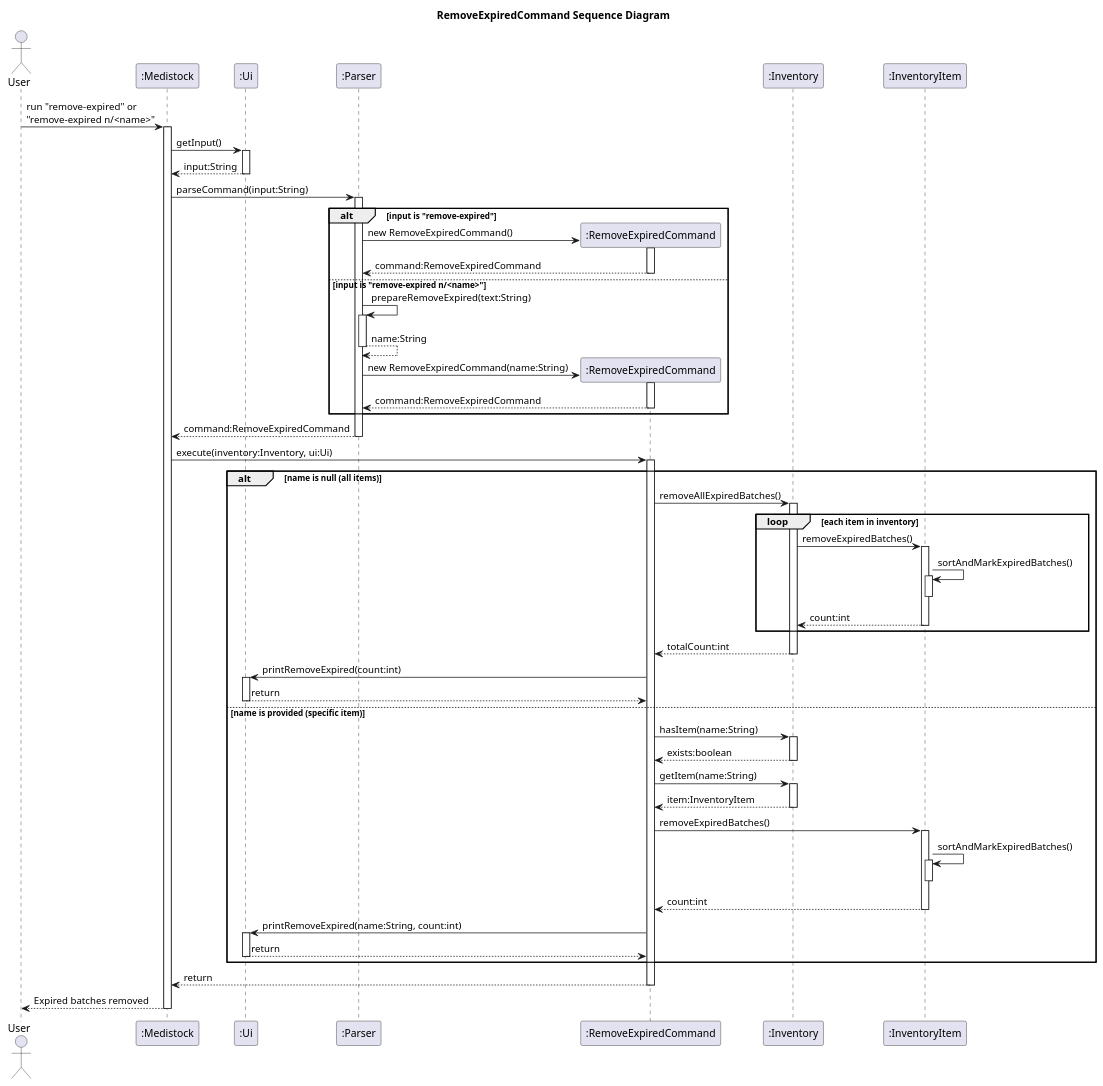
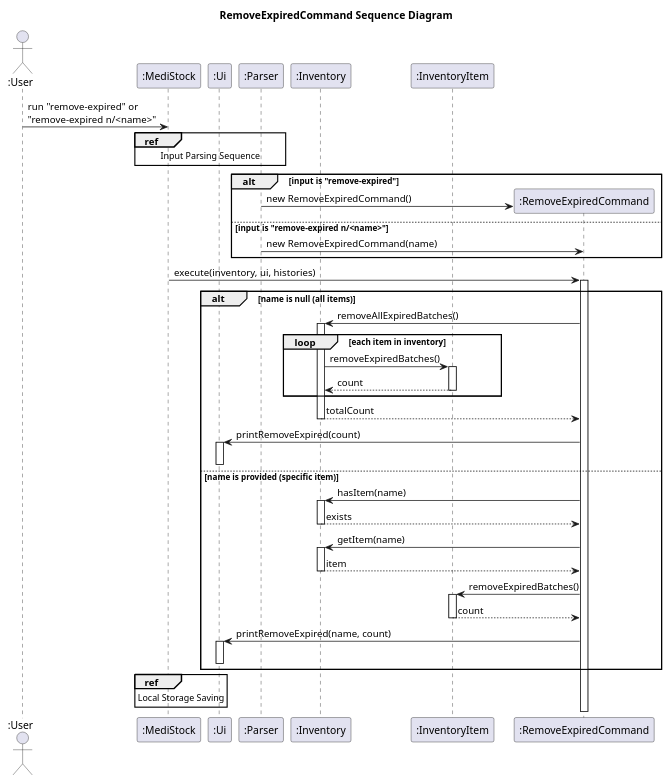
Before and after one commit to AY2526S2-CS2113-T05-2/tp: the diagram in docs/uml/RemoveExpiredCommandSequenceDiagram.puml, drawn with PlantUML. The commit also changed 6 other files, not shown here.

```diff
--- a/docs/uml/RemoveExpiredCommandSequenceDiagram.puml
+++ b/docs/uml/RemoveExpiredCommandSequenceDiagram.puml
@@ -1,104 +1,53 @@
 @startuml
 title RemoveExpiredCommand Sequence Diagram
 
-actor User
-participant ":Medistock" as App
+actor ":User" as User
+participant ":MediStock" as App
 participant ":Ui" as Ui
 participant ":Parser" as Parser
-participant ":RemoveExpiredCommand" as Cmd
 participant ":Inventory" as Inventory
 participant ":InventoryItem" as Item
 
 User -> App : run "remove-expired" or\n"remove-expired n/<name>"
-activate App
-
-App -> Ui : getInput()
-activate Ui
-Ui --> App : input:String
-deactivate Ui
-
-App -> Parser : parseCommand(input:String)
-activate Parser
-
+ref over App, Ui, Parser
+    Input Parsing Sequence
+end
+create ":RemoveExpiredCommand" as Cmd
 alt input is "remove-expired"
-    create Cmd
     Parser -> Cmd : new RemoveExpiredCommand()
-    activate Cmd
-    Cmd --> Parser : command:RemoveExpiredCommand
-    deactivate Cmd
 else input is "remove-expired n/<name>"
-    Parser -> Parser : prepareRemoveExpired(text:String)
-    activate Parser
-    Parser --> Parser : name:String
-    deactivate Parser
-
-    create Cmd
-    Parser -> Cmd : new RemoveExpiredCommand(name:String)
-    activate Cmd
-    Cmd --> Parser : command:RemoveExpiredCommand
-    deactivate Cmd
+    Parser -> Cmd : new RemoveExpiredCommand(name)
 end
-
-Parser --> App : command:RemoveExpiredCommand
-deactivate Parser
-
-App -> Cmd : execute(inventory:Inventory, ui:Ui)
-activate Cmd
+App -> Cmd ++: execute(inventory, ui, histories)
 
 alt name is null (all items)
-    Cmd -> Inventory : removeAllExpiredBatches()
-    activate Inventory
+    Cmd -> Inventory ++: removeAllExpiredBatches()
 
     loop each item in inventory
-        Inventory -> Item : removeExpiredBatches()
-        activate Item
-
-        Item -> Item : sortAndMarkExpiredBatches()
-        activate Item
-        deactivate Item
-
-        Item --> Inventory : count:int
-        deactivate Item
+        Inventory -> Item ++: removeExpiredBatches()
+        return count
     end
 
-    Inventory --> Cmd : totalCount:int
-    deactivate Inventory
+    return totalCount
 
-    Cmd -> Ui : printRemoveExpired(count:int)
-    activate Ui
-    Ui --> Cmd : return
+    Cmd -> Ui ++: printRemoveExpired(count)
     deactivate Ui
 
 else name is provided (specific item)
-    Cmd -> Inventory : hasItem(name:String)
-    activate Inventory
-    Inventory --> Cmd : exists:boolean
-    deactivate Inventory
+    Cmd -> Inventory ++: hasItem(name)
+    return exists
 
-    Cmd -> Inventory : getItem(name:String)
-    activate Inventory
-    Inventory --> Cmd : item:InventoryItem
-    deactivate Inventory
+    Cmd -> Inventory ++: getItem(name)
+    return item
 
-    Cmd -> Item : removeExpiredBatches()
-    activate Item
+    Cmd -> Item ++: removeExpiredBatches()
+    return count
 
-    Item -> Item : sortAndMarkExpiredBatches()
-    activate Item
-    deactivate Item
-
-    Item --> Cmd : count:int
-    deactivate Item
-
-    Cmd -> Ui : printRemoveExpired(name:String, count:int)
-    activate Ui
-    Ui --> Cmd : return
+    Cmd -> Ui ++: printRemoveExpired(name, count)
     deactivate Ui
 end
 
-Cmd --> App : return
-deactivate Cmd
-
-App --> User : Expired batches removed
-deactivate App
+ref over App
+    Local Storage Saving
+end
 @enduml
```
